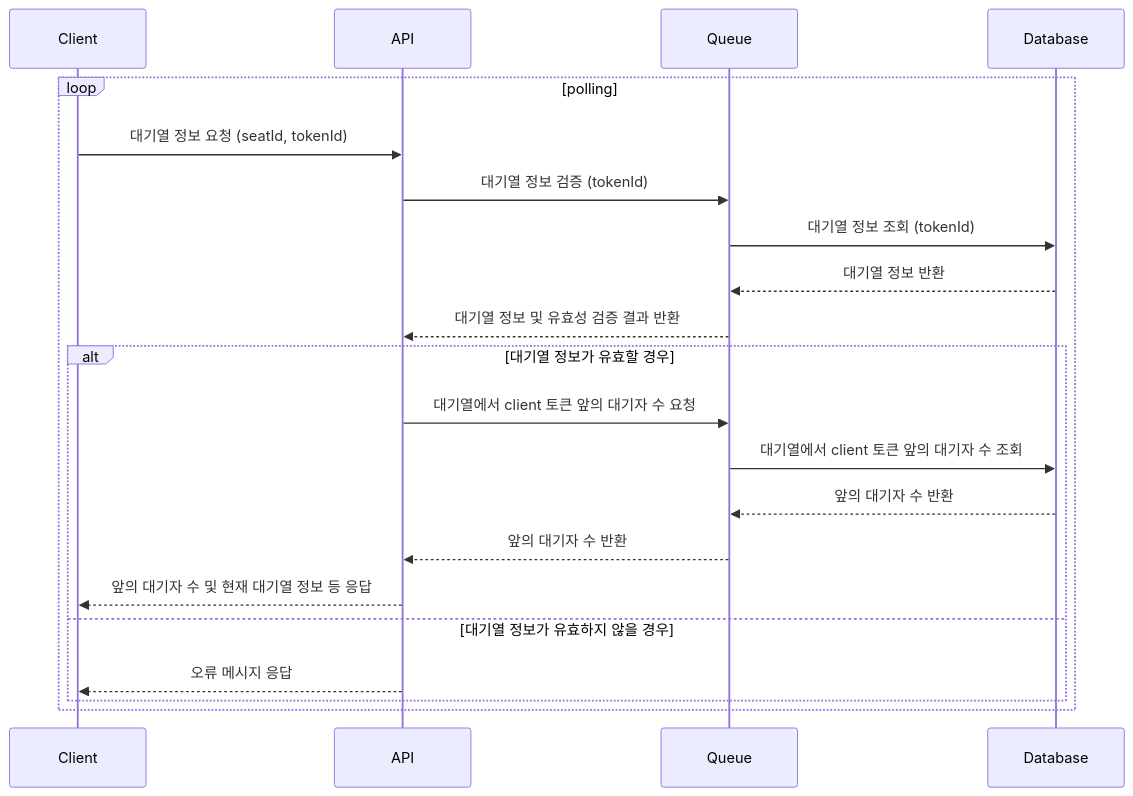
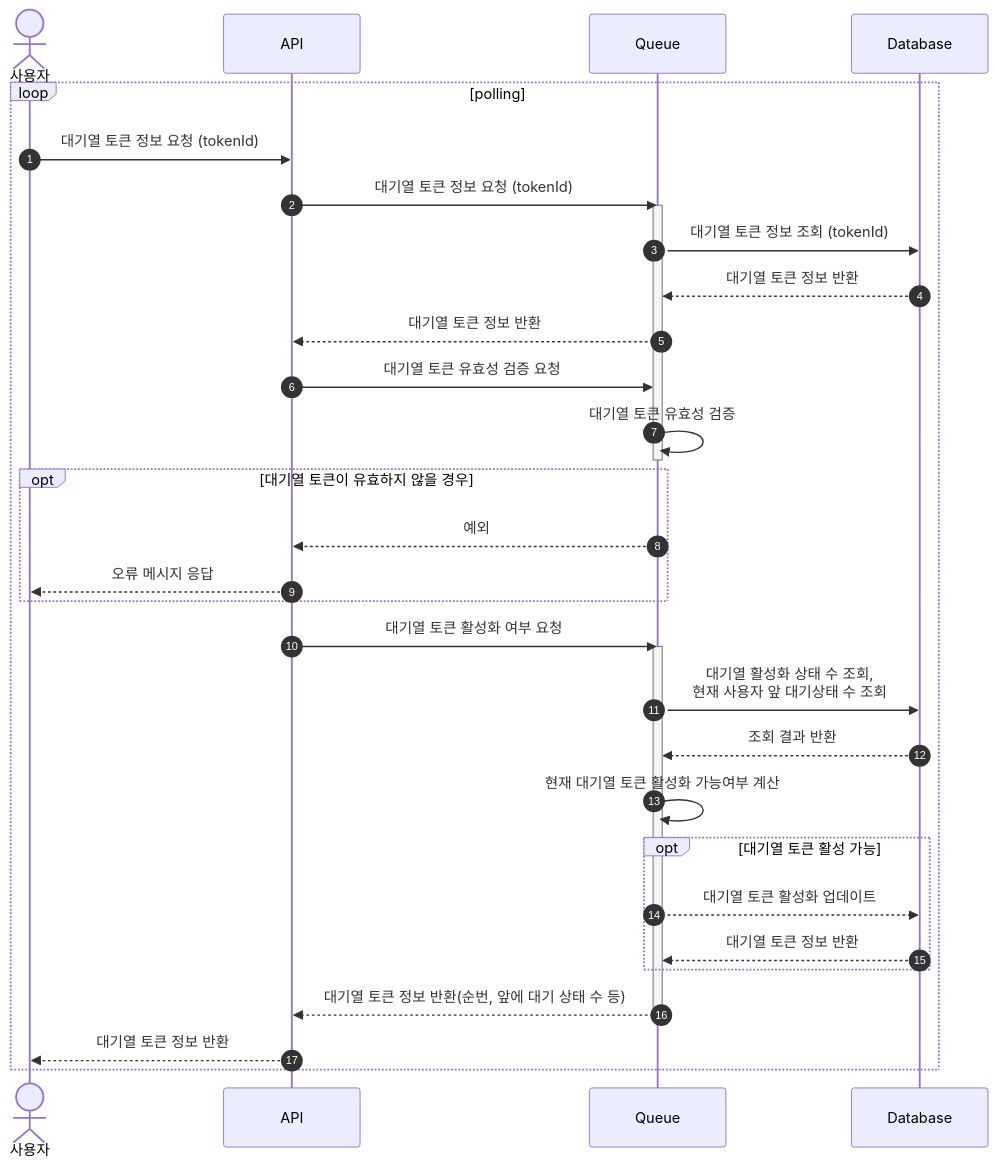
One commit to cocomongg/concert-reservation-system changed the second of 8 diagrams in docs/SequenceDiagram.md. Above: the diagram before and after it, drawn with Mermaid. The commit also changed other lines of this file, not shown here.

Commit message:
fix: sequence diagram 수정

````diff
--- a/docs/SequenceDiagram.md
+++ b/docs/SequenceDiagram.md
@@ -35,23 +57,36 @@
 ```mermaid
 sequenceDiagram
-    participant Client
+    autonumber
+    Actor U as 사용자
     participant API
     participant Queue
     participant Database
     loop polling
-        Client->>API: 대기열 정보 요청 (seatId, tokenId)
-        API->>Queue: 대기열 정보 검증 (tokenId)
-        Queue ->> Database: 대기열 정보 조회 (tokenId)
-        Database -->> Queue: 대기열 정보 반환
-        Queue -->> API: 대기열 정보 및 유효성 검증 결과 반환
-        alt 대기열 정보가 유효할 경우
-            API ->> Queue: 대기열에서 client 토큰 앞의 대기자 수 요청
-            Queue ->> Database: 대기열에서 client 토큰 앞의 대기자 수 조회
-            Database -->> Queue: 앞의 대기자 수 반환
-            Queue -->> API: 앞의 대기자 수 반환
-            API -->> Client: 앞의 대기자 수 및 현재 대기열 정보 등 응답
-        else 대기열 정보가 유효하지 않을 경우
-            API -->> Client: 오류 메시지 응답
+        U->>API: 대기열 토큰 정보 요청 (tokenId)
+        API->>Queue: 대기열 토큰 정보 요청 (tokenId)
+        activate Queue
+        Queue ->> Database: 대기열 토큰 정보 조회 (tokenId)
+        Database -->> Queue: 대기열 토큰 정보 반환
+        Queue -->> API: 대기열 토큰 정보 반환
+        API ->> Queue: 대기열 토큰 유효성 검증 요청
+        Queue ->> Queue: 대기열 토큰 유효성 검증
+        deactivate Queue
+        opt 대기열 토큰이 유효하지 않을 경우
+            Queue -->> API: 예외
+            API -->> U: 오류 메시지 응답
         end
+        API ->> Queue: 대기열 토큰 활성화 여부 요청
+        activate Queue
+        Queue ->> Database: 대기열 활성화 상태 수 조회,<br/>현재 사용자 앞 대기상태 수 조회
+        Database -->> Queue: 조회 결과 반환
+        Queue ->> Queue: 현재 대기열 토큰 활성화 가능여부 계산
+        opt 대기열 토큰 활성 가능
+            Queue -->> Database: 대기열 토큰 활성화 업데이트
+            Database -->> Queue: 대기열 토큰 정보 반환
+        end
+        Queue -->> API: 대기열 토큰 정보 반환(순번, 앞에 대기 상태 수 등)
+        deactivate Queue
+        API -->> U: 대기열 토큰 정보 반환
     end
+
 ```
````
